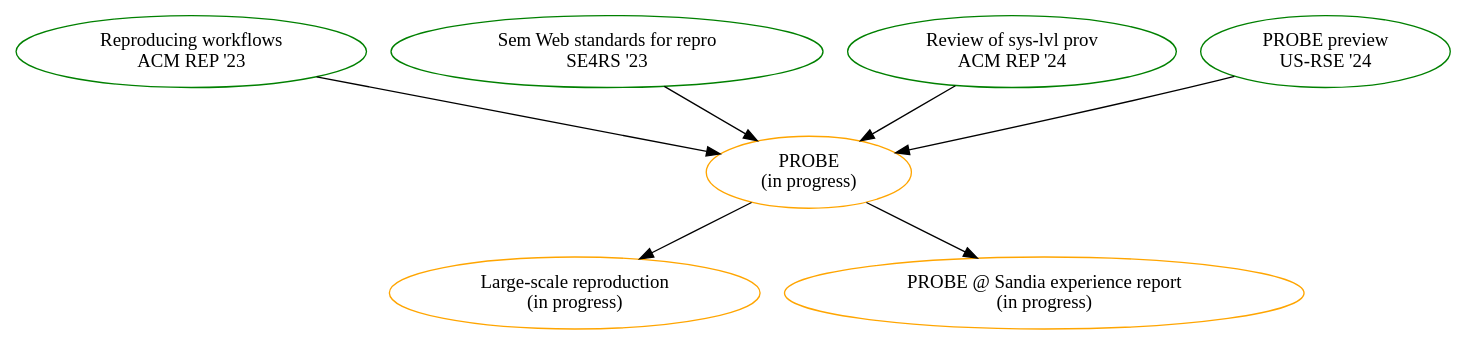
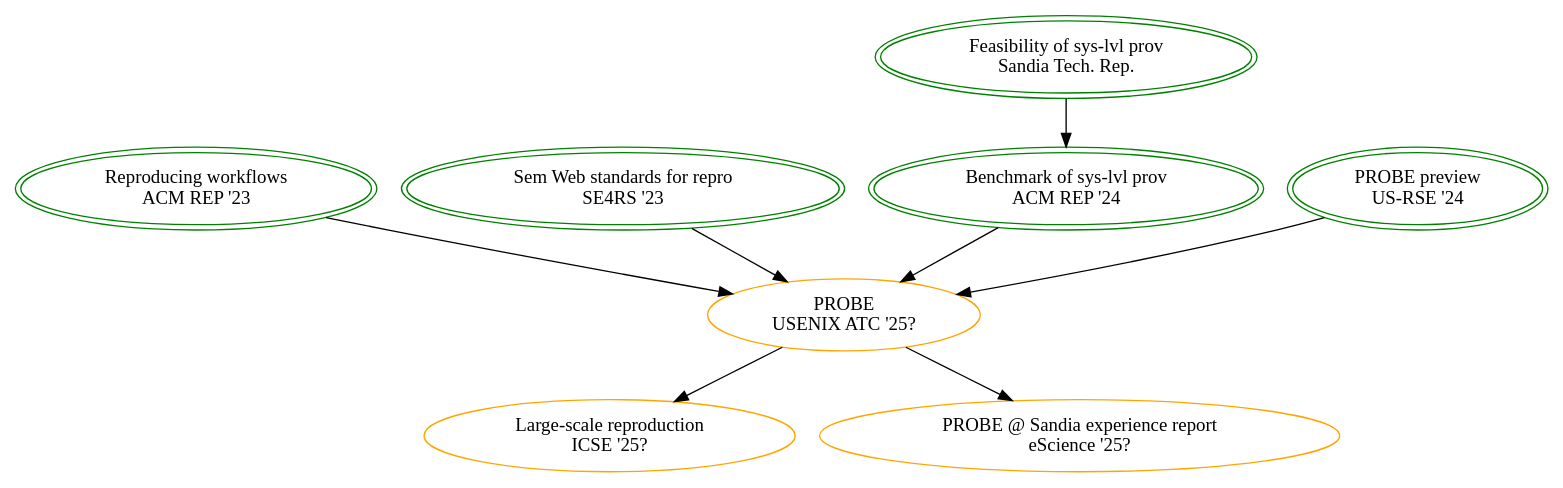
One commit to charmoniumQ/thesis changed the diagram in prelim_pres/my_work.dot. Above: the diagram before and after it, drawn with Graphviz. The commit also changed 13 other files, not shown here.

```diff
--- a/prelim_pres/my_work.dot
+++ b/prelim_pres/my_work.dot
@@ -1,13 +1,16 @@
+#  dot -Tsvg -omy_work.svg my_work.dot
 digraph G {
-  wf [label="Reproducing workflows\nACM REP '23" color="green"];
-  standards [label="Sem Web standards for repro\nSE4RS '23" color="green"];
-  bench [label="Review of sys-lvl prov\nACM REP '24" color="green"];
+  wf [label="Reproducing workflows\nACM REP '23" color="green" peripheries=2];
+  standards [label="Sem Web standards for repro\nSE4RS '23" color="green" peripheries=2];
+  feasibility [label="Feasibility of sys-lvl prov\nSandia Tech. Rep." color="green" peripheries=2];
+  bench [label="Benchmark of sys-lvl prov\nACM REP '24" color="green" peripheries=2];
 
-  PROBE [label="PROBE\n(in progress)" color="orange"];
-  PROBE_preview [label="PROBE preview\nUS-RSE '24" color="green"];
+  PROBE [label="PROBE\nUSENIX ATC '25?" color="orange"];
+  PROBE_preview [label="PROBE preview\nUS-RSE '24" color="green" peripheries=2];
 
-  copr [label="Large-scale reproduction\n(in progress)" color="orange"]
-  sandia_ex [label="PROBE @ Sandia experience report\n(in progress)" color="orange"]
+  copr [label="Large-scale reproduction\nICSE '25?" color="orange"]
+  sandia_ex [label="PROBE @ Sandia experience report\neScience '25?" color="orange"]
 
   {wf, standards, bench, PROBE_preview} -> PROBE -> {copr, sandia_ex};
+  feasibility -> bench;
 }
```
